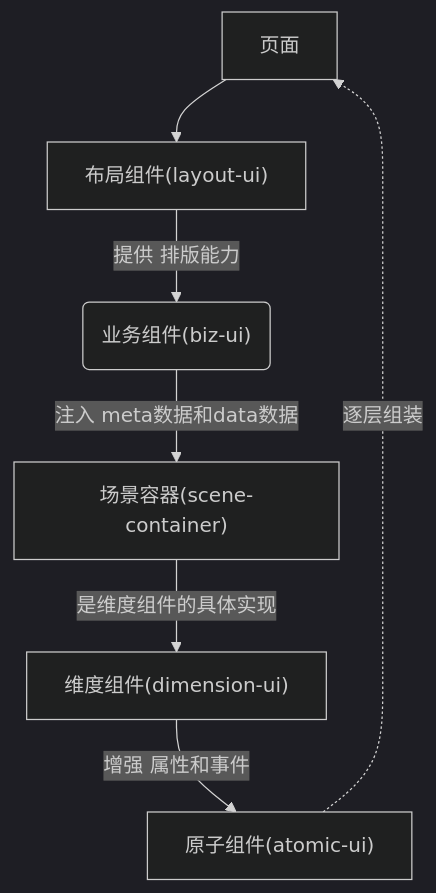
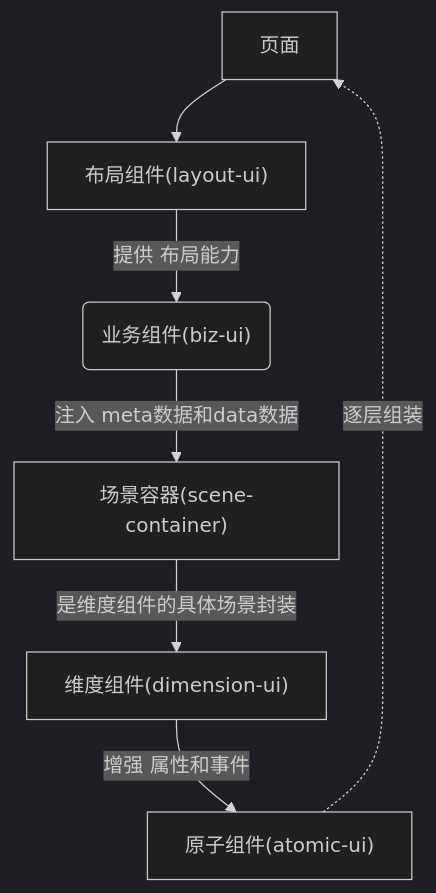
One commit to ailuhaosi/easy-gen-doc changed the diagram in gd-accbuild-doc/zh/guide/intro.md. Above: the diagram before and after it, drawn with Mermaid (dark theme). The commit also changed other lines of this file and 17 other files, not shown here.

````diff
--- a/gd-accbuild-doc/zh/guide/intro.md
+++ b/gd-accbuild-doc/zh/guide/intro.md
@@ -71,9 +144,9 @@
 ```mermaid
 graph TD
 X["页面"] --> A["布局组件(layout-ui)"]
-A -->|提供 排版能力| B("业务组件(biz-ui)")
+A -->|提供 布局能力| B("业务组件(biz-ui)")
 B -->|注入 meta数据和data数据| C["场景容器(scene-container)"]
-C -->|是维度组件的具体实现| D["维度组件(dimension-ui)"]
+C -->|是维度组件的具体场景封装| D["维度组件(dimension-ui)"]
 D -->|增强 属性和事件| E["原子组件(atomic-ui)"]
 E -...->|逐层组装| X
 ```
````
